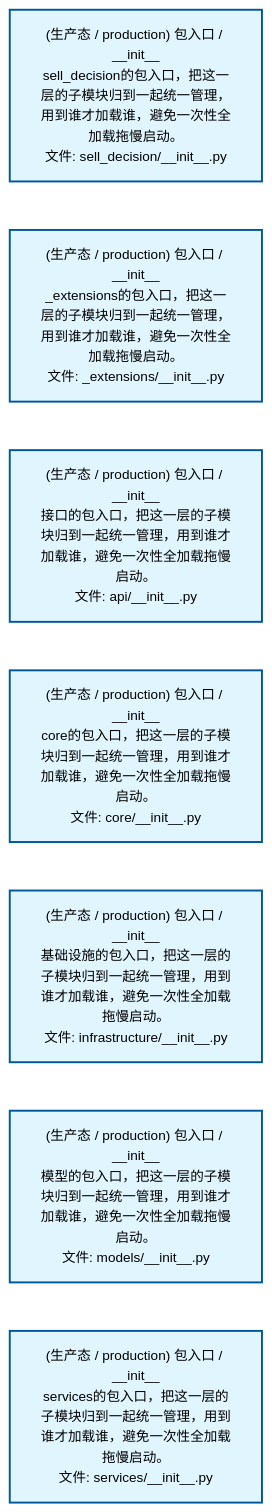
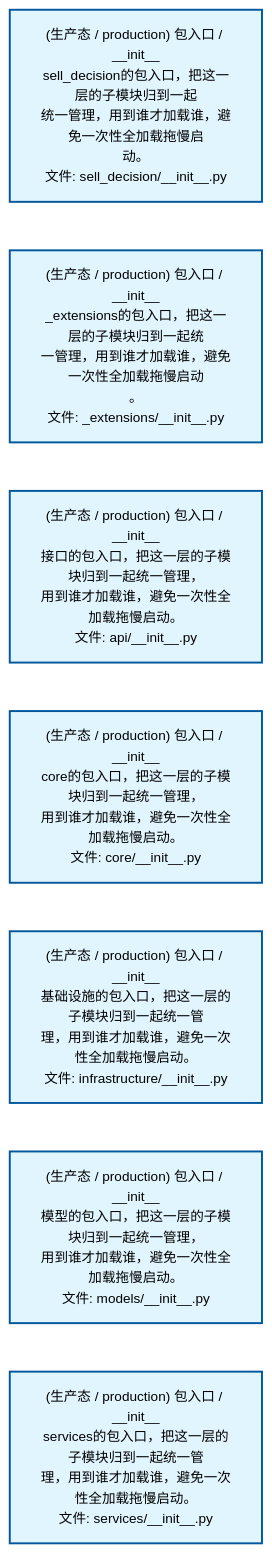
One commit to xuanFelixVan/ZephyrAlpha changed the second of 4 diagrams in docs/02_enterprise_architecture/02_domain_architecture_docs/67_d_sell_decision.md. Above: the diagram before and after it, drawn with Mermaid. The commit also changed other lines of this file and 61 other files, not shown here.

````diff
--- a/docs/02_enterprise_architecture/02_domain_architecture_docs/67_d_sell_decision.md
+++ b/docs/02_enterprise_architecture/02_domain_architecture_docs/67_d_sell_decision.md
@@ -126,22 +126,22 @@
 ```mermaid
 %%{init: {'theme': 'base', 'themeVariables': {'primaryColor': '#eaeaea', 'primaryTextColor': '#333333', 'primaryBorderColor': '#666666', 'lineColor': '#666666', 'secondaryColor': '#eaeaea', 'tertiaryColor': '#eaeaea', 'fontSize': '14px'}}}%%
 flowchart TD
-    src_zephyr_sell_decision_init_py["(生产态 / production) 包入口 / __init__<br/>sell_decision的包入口，把这一层的子模块归到一起统一管理，用到谁才加载谁，避免一次性全加载拖慢启动。<br/>文件: sell_decision/__init__.py"]
-    src_zephyr_sell_decision_extensions_init_py["(生产态 / production) 包入口 / __init__<br/>_extensions的包入口，把这一层的子模块归到一起统一管理，用到谁才加载谁，避免一次性全加载拖慢启动。<br/>文件: _extensions/__init__.py"]
-    src_zephyr_sell_decision_api_init_py["(生产态 / production) 包入口 / __init__<br/>接口的包入口，把这一层的子模块归到一起统一管理，用到谁才加载谁，避免一次性全加载拖慢启动。<br/>文件: api/__init__.py"]
-    src_zephyr_sell_decision_core_init_py["(生产态 / production) 包入口 / __init__<br/>core的包入口，把这一层的子模块归到一起统一管理，用到谁才加载谁，避免一次性全加载拖慢启动。<br/>文件: core/__init__.py"]
-    src_zephyr_sell_decision_infrastructure_init_py["(生产态 / production) 包入口 / __init__<br/>基础设施的包入口，把这一层的子模块归到一起统一管理，用到谁才加载谁，避免一次性全加载拖慢启动。<br/>文件: infrastructure/__init__.py"]
-    src_zephyr_sell_decision_models_init_py["(生产态 / production) 包入口 / __init__<br/>模型的包入口，把这一层的子模块归到一起统一管理，用到谁才加载谁，避免一次性全加载拖慢启动。<br/>文件: models/__init__.py"]
-    src_zephyr_sell_decision_services_init_py["(生产态 / production) 包入口 / __init__<br/>services的包入口，把这一层的子模块归到一起统一管理，用到谁才加载谁，避免一次性全加载拖慢启动。<br/>文件: services/__init__.py"]
+    src_zephyr_sell_decision_init_py["(生产态 / production) 包入口 / __init__<br/>sell_decision的包入口，把这一层的子模块归到一起<br/>统一管理，用到谁才加载谁，避免一次性全加载拖慢启<br/>动。<br/>文件: sell_decision/__init__.py"]
+    src_zephyr_sell_decision_extensions_init_py["(生产态 / production) 包入口 / __init__<br/>_extensions的包入口，把这一层的子模块归到一起统<br/>一管理，用到谁才加载谁，避免一次性全加载拖慢启动<br/>。<br/>文件: _extensions/__init__.py"]
+    src_zephyr_sell_decision_api_init_py["(生产态 / production) 包入口 / __init__<br/>接口的包入口，把这一层的子模块归到一起统一管理，<br/>用到谁才加载谁，避免一次性全加载拖慢启动。<br/>文件: api/__init__.py"]
+    src_zephyr_sell_decision_core_init_py["(生产态 / production) 包入口 / __init__<br/>core的包入口，把这一层的子模块归到一起统一管理，<br/>用到谁才加载谁，避免一次性全加载拖慢启动。<br/>文件: core/__init__.py"]
+    src_zephyr_sell_decision_infrastructure_init_py["(生产态 / production) 包入口 / __init__<br/>基础设施的包入口，把这一层的子模块归到一起统一管<br/>理，用到谁才加载谁，避免一次性全加载拖慢启动。<br/>文件: infrastructure/__init__.py"]
+    src_zephyr_sell_decision_models_init_py["(生产态 / production) 包入口 / __init__<br/>模型的包入口，把这一层的子模块归到一起统一管理，<br/>用到谁才加载谁，避免一次性全加载拖慢启动。<br/>文件: models/__init__.py"]
+    src_zephyr_sell_decision_services_init_py["(生产态 / production) 包入口 / __init__<br/>services的包入口，把这一层的子模块归到一起统一管<br/>理，用到谁才加载谁，避免一次性全加载拖慢启动。<br/>文件: services/__init__.py"]
     src_zephyr_sell_decision_init_py ~~~ src_zephyr_sell_decision_extensions_init_py
     src_zephyr_sell_decision_extensions_init_py ~~~ src_zephyr_sell_decision_api_init_py
     src_zephyr_sell_decision_api_init_py ~~~ src_zephyr_sell_decision_core_init_py
     src_zephyr_sell_decision_core_init_py ~~~ src_zephyr_sell_decision_infrastructure_init_py
     src_zephyr_sell_decision_infrastructure_init_py ~~~ src_zephyr_sell_decision_models_init_py
     src_zephyr_sell_decision_models_init_py ~~~ src_zephyr_sell_decision_services_init_py
     classDef production fill:#e1f5fe,stroke:#01579b,stroke-width:2px,color:#000
     classDef design fill:#fff3e0,stroke:#e65100,stroke-width:2px,color:#000,stroke-dasharray: 5 5
     classDef external_prod fill:#e8f4fd,stroke:#0277bd,stroke-width:1px,color:#000
     classDef external_design fill:#fff8e7,stroke:#ef6c00,stroke-width:1px,color:#000,stroke-dasharray: 5 5
     class src_zephyr_sell_decision_init_py,src_zephyr_sell_decision_extensions_init_py,src_zephyr_sell_decision_api_init_py,src_zephyr_sell_decision_core_init_py,src_zephyr_sell_decision_infrastructure_init_py,src_zephyr_sell_decision_models_init_py,src_zephyr_sell_decision_services_init_py production
 ```
````
